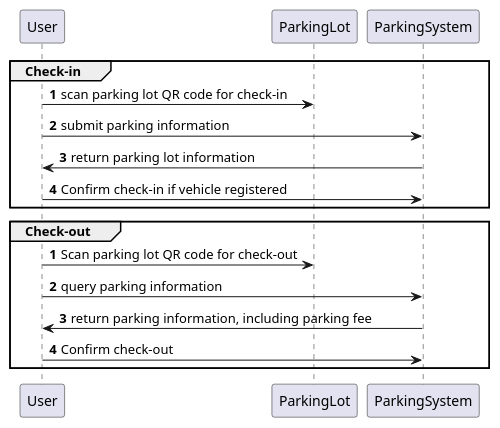
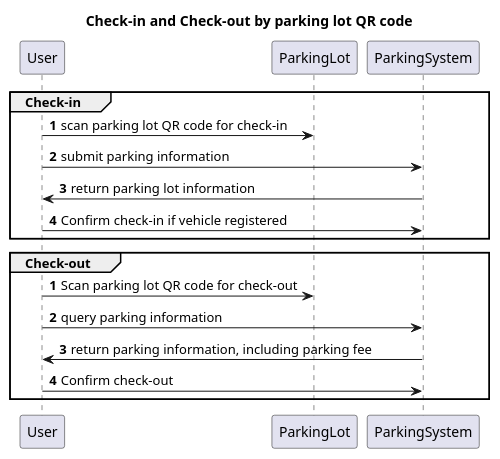
One commit to chatchatabc/davao-parking changed the diagram in docs/parking-sequence-diagram-2.puml. Above: the diagram before and after it, drawn with PlantUML. The commit also changed 1 other file, not shown here.

```diff
--- a/docs/parking-sequence-diagram-2.puml
+++ b/docs/parking-sequence-diagram-2.puml
@@ -1,21 +1,23 @@
 @startuml
 'https://plantuml.com/sequence-diagram
+
+title Check-in and Check-out by parking lot QR code
 
 autonumber
 
 group Check-in
     User -> ParkingLot: scan parking lot QR code for check-in
     User -> ParkingSystem: submit parking information
     User <- ParkingSystem: return parking lot information
     User -> ParkingSystem: Confirm check-in if vehicle registered
 end
 
 autonumber
 
 group Check-out
     User -> ParkingLot: Scan parking lot QR code for check-out
     User -> ParkingSystem: query parking information
     User <- ParkingSystem: return parking information, including parking fee
     User -> ParkingSystem: Confirm check-out
 end
 @enduml
```
